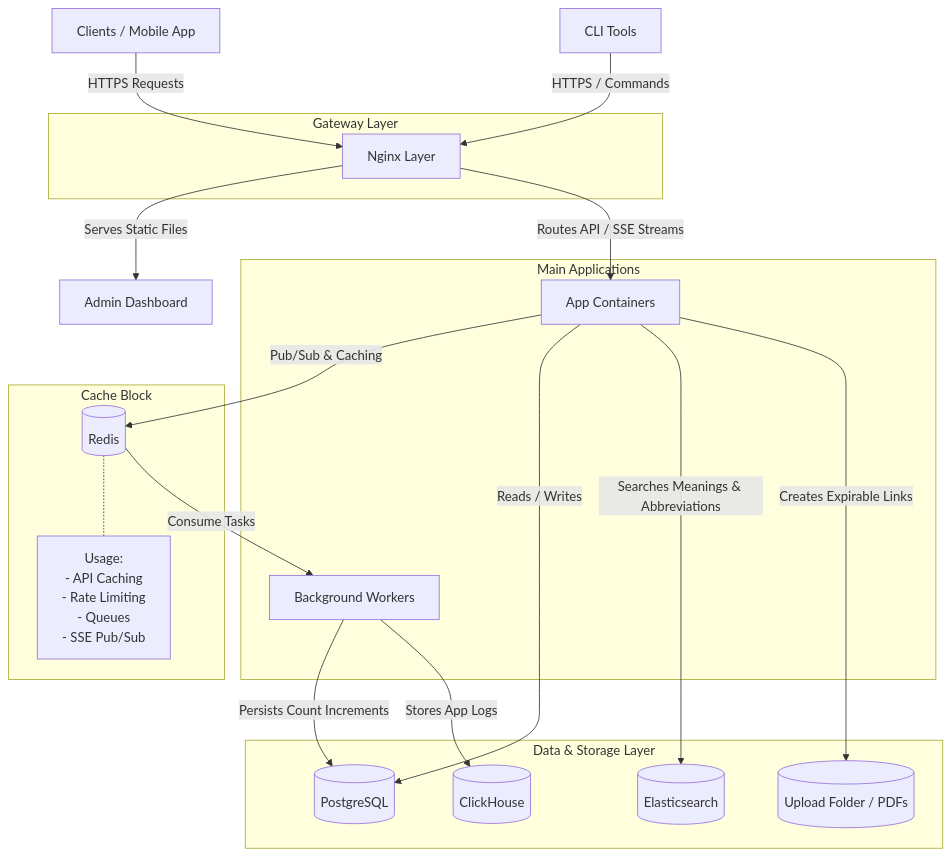
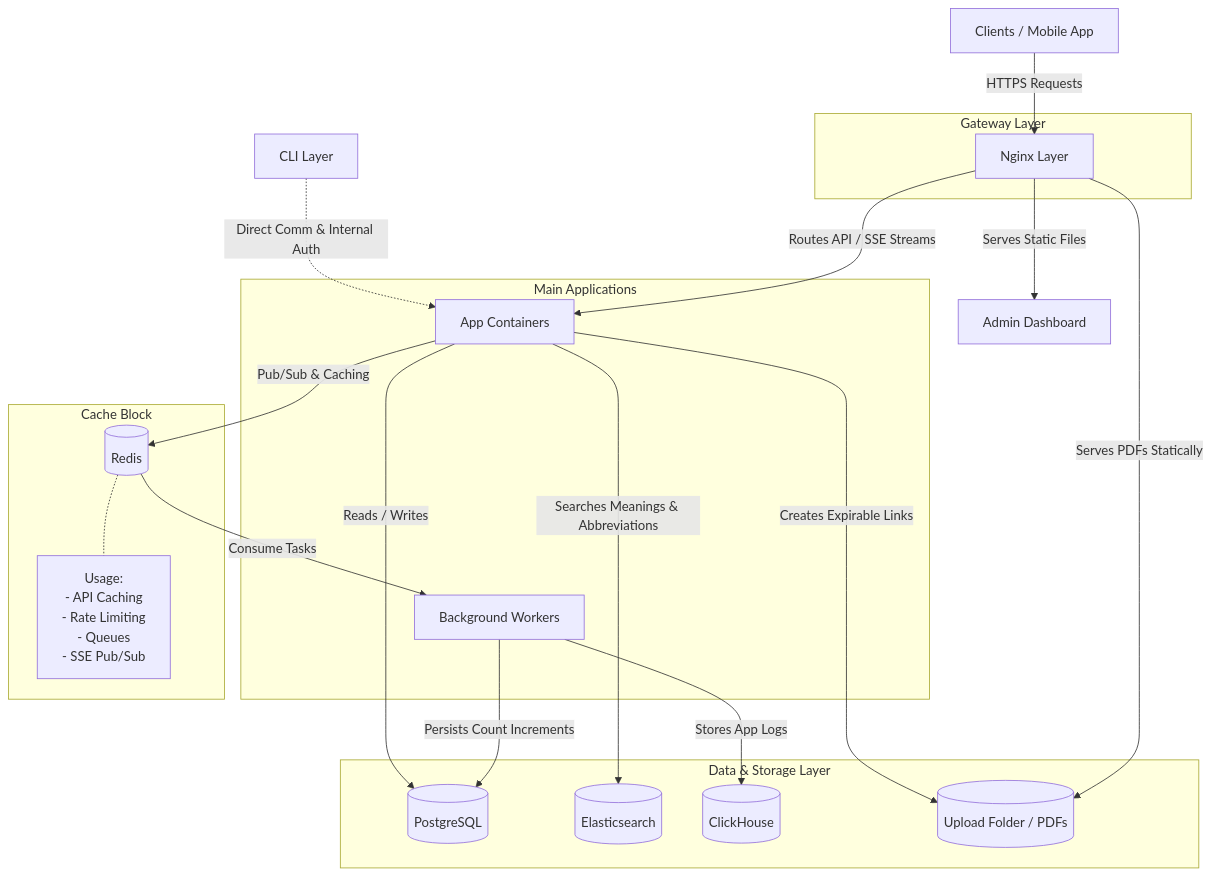
The diagram in README.md (Nishant040305/IAF), drawn with Mermaid before and after one commit. The commit also changed other lines of this file, not shown here.

````diff
--- a/README.md
+++ b/README.md
@@ -92,44 +92,45 @@
 ```mermaid
 graph TD
     %% Client interfaces
     Client["Clients / Mobile App"] -->|"HTTPS Requests"| Nginx["Nginx Layer"]
-    CLI["CLI Tools"] -->|"HTTPS / Commands"| Nginx
+    CLI["CLI Layer"] -.->|"Direct Comm & Internal Auth"| App
     
     %% API Gateway Layer
     subgraph GatewayLayer ["Gateway Layer"]
         Nginx
     end
     Nginx -->|"Serves Static Files"| Admin["Admin Dashboard"]
     Nginx -->|"Routes API / SSE Streams"| App["App Containers"]
     
     %% Service Layer
     subgraph MainApplications ["Main Applications"]
         App
         Worker["Background Workers"]
     end
     
     %% Caching Layer
     subgraph CacheBlock ["Cache Block"]
         Redis[("Redis")]
         note1["Usage:<br/>- API Caching<br/>- Rate Limiting<br/>- Queues<br/>- SSE Pub/Sub"]
         Redis -.- note1
     end
     App -->|"Pub/Sub & Caching"| Redis
     Redis -->|"Consume Tasks"| Worker
     
     %% Storage & Persistence
     subgraph DataStorageLayer ["Data & Storage Layer"]
         DB[("PostgreSQL")]
         Search[("Elasticsearch")]
         Logs[("ClickHouse")]
         Storage[("Upload Folder / PDFs")]
     end
     
     App -->|"Reads / Writes"| DB
     App -->|"Searches Meanings & Abbreviations"| Search
     App -->|"Creates Expirable Links"| Storage
+    Nginx -->|"Serves PDFs Statically"| Storage
     
     %% Worker tasks
     Worker -->|"Persists Count Increments"| DB
     Worker -->|"Stores App Logs"| Logs
 ```
````
